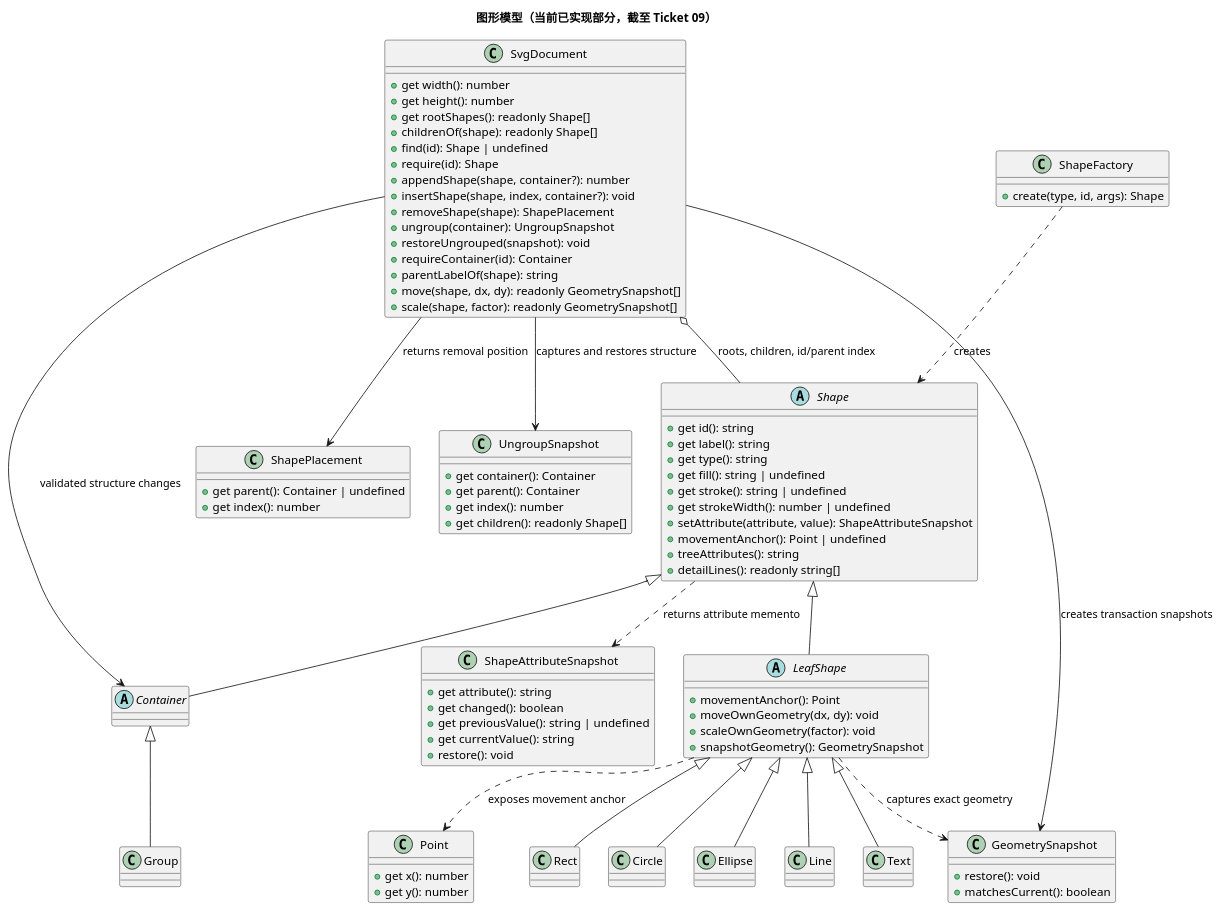
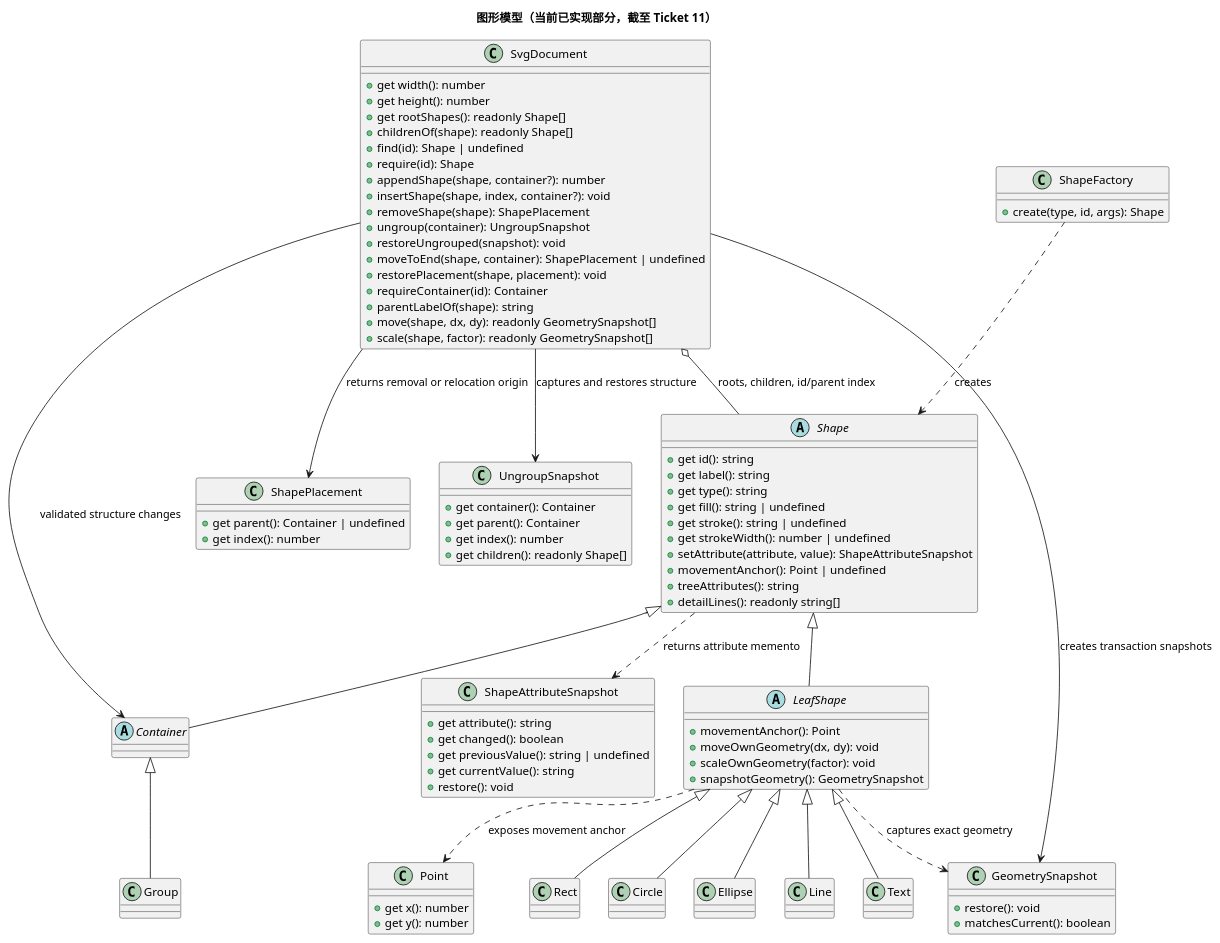
The first of 2 diagrams in doc/class-model.puml (NQC233/svg-editor-lab1), drawn with PlantUML before and after one commit. The commit also changed other lines of this file and 5 other files, not shown here.

```diff
--- a/doc/class-model.puml
+++ b/doc/class-model.puml
@@ -1,101 +1,103 @@
 @startuml
-title 图形模型（当前已实现部分，截至 Ticket 09）
+title 图形模型（当前已实现部分，截至 Ticket 11）
 
 abstract class Shape {
   +get id(): string
   +get label(): string
   +get type(): string
   +get fill(): string | undefined
   +get stroke(): string | undefined
   +get strokeWidth(): number | undefined
   +setAttribute(attribute, value): ShapeAttributeSnapshot
   +movementAnchor(): Point | undefined
   +treeAttributes(): string
   +detailLines(): readonly string[]
 }
 
 abstract class LeafShape {
   +movementAnchor(): Point
   +moveOwnGeometry(dx, dy): void
   +scaleOwnGeometry(factor): void
   +snapshotGeometry(): GeometrySnapshot
 }
 
 abstract class Container
 
 class Group
 class Rect
 class Circle
 class Ellipse
 class Line
 class Text
 class GeometrySnapshot {
   +restore(): void
   +matchesCurrent(): boolean
 }
 
 class ShapeAttributeSnapshot {
   +get attribute(): string
   +get changed(): boolean
   +get previousValue(): string | undefined
   +get currentValue(): string
   +restore(): void
 }
 
 class Point {
   +get x(): number
   +get y(): number
 }
 
 class ShapePlacement {
   +get parent(): Container | undefined
   +get index(): number
 }
 
 class UngroupSnapshot {
   +get container(): Container
   +get parent(): Container
   +get index(): number
   +get children(): readonly Shape[]
 }
 
 class SvgDocument {
   +get width(): number
   +get height(): number
   +get rootShapes(): readonly Shape[]
   +childrenOf(shape): readonly Shape[]
   +find(id): Shape | undefined
   +require(id): Shape
   +appendShape(shape, container?): number
   +insertShape(shape, index, container?): void
   +removeShape(shape): ShapePlacement
   +ungroup(container): UngroupSnapshot
   +restoreUngrouped(snapshot): void
+  +moveToEnd(shape, container): ShapePlacement | undefined
+  +restorePlacement(shape, placement): void
   +requireContainer(id): Container
   +parentLabelOf(shape): string
   +move(shape, dx, dy): readonly GeometrySnapshot[]
   +scale(shape, factor): readonly GeometrySnapshot[]
 }
 
 class ShapeFactory {
   +create(type, id, args): Shape
 }
 
 Shape <|-- LeafShape
 Shape <|-- Container
 Container <|-- Group
 LeafShape <|-- Rect
 LeafShape <|-- Circle
 LeafShape <|-- Ellipse
 LeafShape <|-- Line
 LeafShape <|-- Text
 SvgDocument o-- Shape : roots, children, id/parent index
 SvgDocument --> Container : validated structure changes
 SvgDocument --> GeometrySnapshot : creates transaction snapshots
-SvgDocument --> ShapePlacement : returns removal position
+SvgDocument --> ShapePlacement : returns removal or relocation origin
 SvgDocument --> UngroupSnapshot : captures and restores structure
 LeafShape ..> GeometrySnapshot : captures exact geometry
 LeafShape ..> Point : exposes movement anchor
 ShapeFactory ..> Shape : creates
 Shape ..> ShapeAttributeSnapshot : returns attribute memento
 @enduml
```
